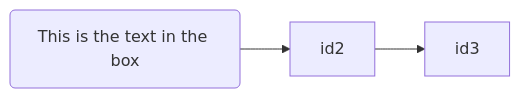
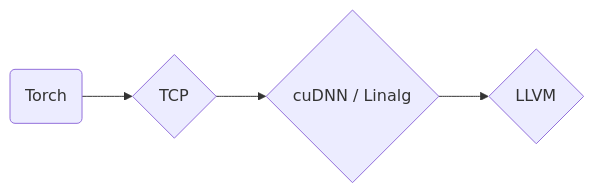
Before and after one commit to jpienaar/mlirbcc: the fourth of 4 diagrams in README.md, drawn with Mermaid.

````diff
--- a/README.md
+++ b/README.md
@@ -95,4 +95,4 @@
 ```mermaid
 flowchart LR
-    id1(This is the text in the box) --> id2 --> id3;
+    id1(Torch) --> id2{TCP} --> id3{cuDNN / Linalg} --> id4{LLVM};
 ```
````
